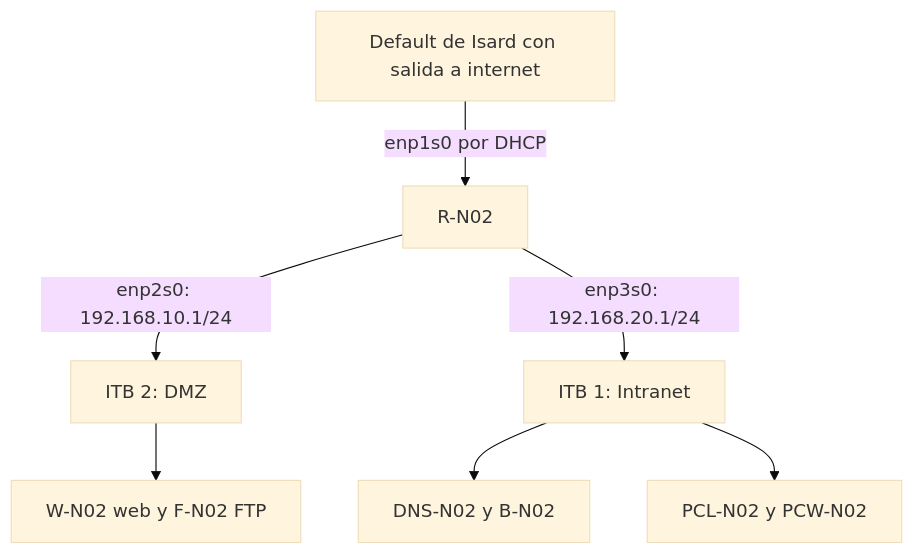
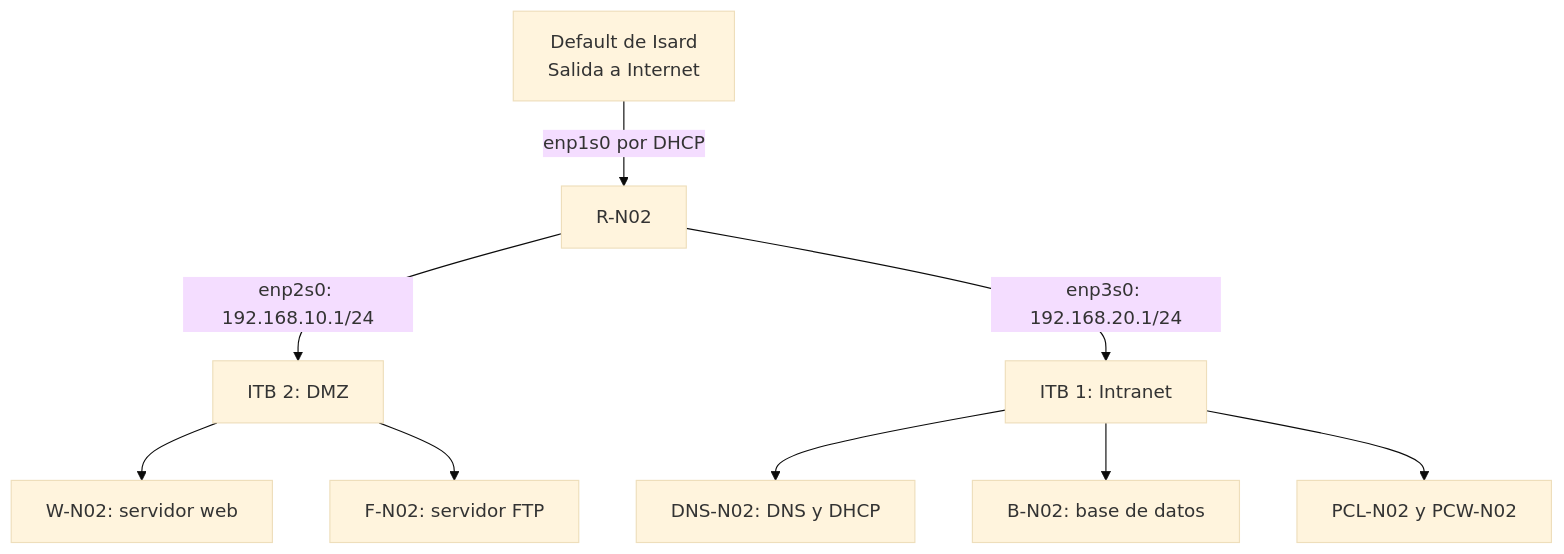
Before and after one commit to ITB2526-ElianSalvador/P0.0-ASIXc2C-G02: the diagram in docs/arquitectura.md, drawn with Mermaid (base theme). The commit also changed other lines of this file, not shown here.

````diff
--- a/docs/arquitectura.md
+++ b/docs/arquitectura.md
@@ -19,9 +24,11 @@
 ```mermaid
 flowchart TD
-    EXT["Default de Isard con salida a internet"] -->|"enp1s0 por DHCP"| R["R-N02"]
+    EXT["Default de Isard<br/>Salida a Internet"] -->|"enp1s0 por DHCP"| R["R-N02"]
     R -->|"enp2s0: 192.168.10.1/24"| DMZ["ITB 2: DMZ"]
     R -->|"enp3s0: 192.168.20.1/24"| LAN["ITB 1: Intranet"]
-    DMZ --> PUB["W-N02 web y F-N02 FTP"]
-    LAN --> SRV["DNS-N02 y B-N02"]
+    DMZ --> WEB["W-N02: servidor web"]
+    DMZ --> FTP["F-N02: servidor FTP"]
+    LAN --> DNS["DNS-N02: DNS y DHCP"]
+    LAN --> DB["B-N02: base de datos"]
     LAN --> CLI["PCL-N02 y PCW-N02"]
 ```
````
